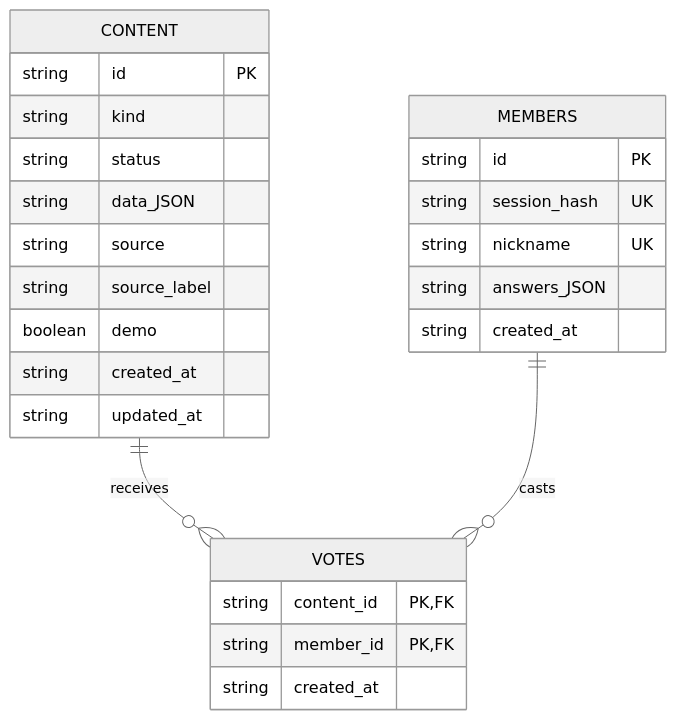
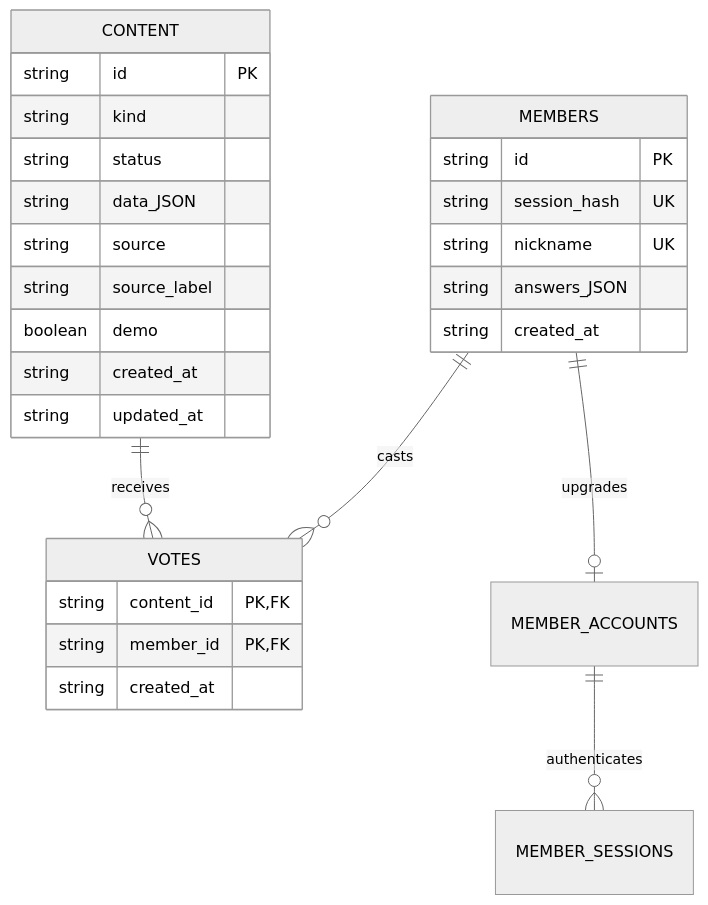
The second of 3 diagrams in docs/技术架构.md (Frog1205/liaoye-reading-club), drawn with Mermaid (neutral theme) before and after one commit. The commit also changed other lines of this file and 4 other files, not shown here.

Commit message:
Record production verification of member accounts

````diff
--- a/docs/技术架构.md
+++ b/docs/技术架构.md
@@ -60,28 +60,30 @@
 ```mermaid
 erDiagram
   CONTENT ||--o{ VOTES : receives
   MEMBERS ||--o{ VOTES : casts
+  MEMBERS ||--o| MEMBER_ACCOUNTS : upgrades
+  MEMBER_ACCOUNTS ||--o{ MEMBER_SESSIONS : authenticates
   CONTENT {
     string id PK
     string kind
     string status
     string data_JSON
     string source
     string source_label
     boolean demo
     string created_at
     string updated_at
   }
   MEMBERS {
     string id PK
     string session_hash UK
     string nickname UK
     string answers_JSON
     string created_at
   }
   VOTES {
     string content_id PK,FK
     string member_id PK,FK
     string created_at
   }
 ```
````
